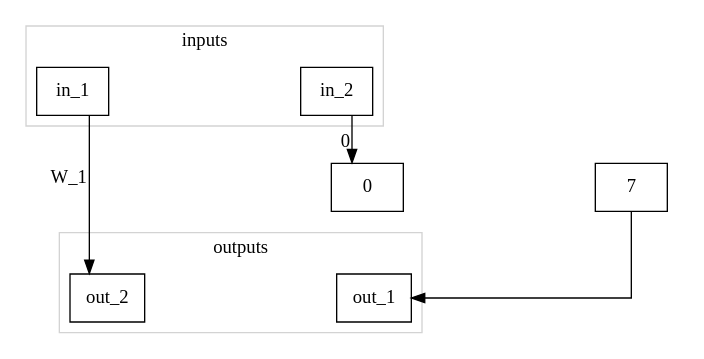
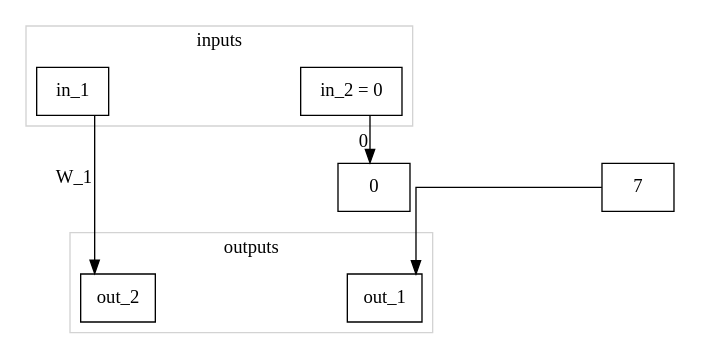
One commit to LeastAuthority/moonmath-manual changed the diagram in tmp/TRIVIAL1.dot. Above: the diagram before and after it, drawn with Graphviz. The commit also changed 41 other files, not shown here.

```diff
--- a/tmp/TRIVIAL1.dot
+++ b/tmp/TRIVIAL1.dot
@@ -1,35 +1,35 @@
 digraph TRIVIAL1 {
 	graph [center=true,
 		forcelabels=true,
 		nodesep=2.0,
 		splines=ortho
 	];
 	subgraph clusterOUTPUTS {
 		graph [color=lightgray,
 			label=outputs
 		];
 		n4	[label=out_1,
 			shape=box];
 		n5	[label=out_2,
 			shape=box];
 	}
 	subgraph clusterINNER {
 		graph [color=white];
 		n3	[label=7,
 			shape=box];
 		n6	[label=0,
 			shape=box];
 	}
 	subgraph clusterINPUTS {
 		graph [color=lightgray,
 			label=inputs
 		];
 		n1	[label=in_1,
 			shape=box];
-		n2	[label=in_2,
+		n2	[label="in_2 = 0",
 			shape=box];
 	}
 	n1 -> n5	[xlabel=W_1];
 	n2 -> n6	[xlabel=0];
 	n3 -> n4;
 }
```
